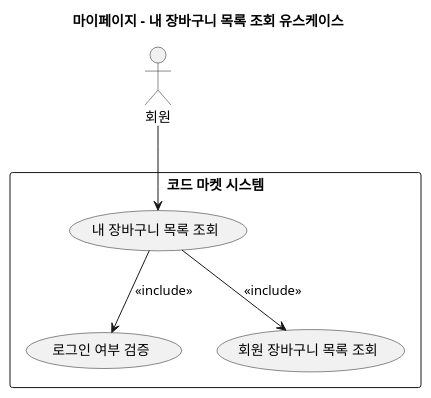
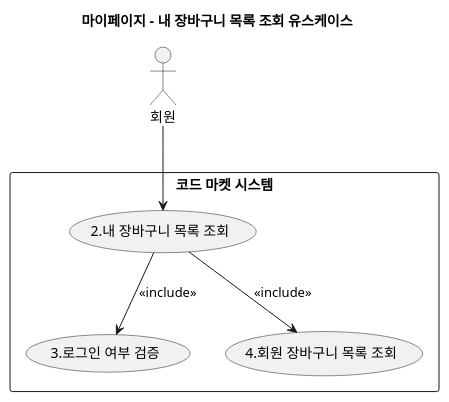
One commit to f-lab-edu/code-market changed the diagram in docs/usecase/usecase_mypage_cart.puml. Above: the diagram before and after it, drawn with PlantUML. The commit also changed 9 other files, not shown here.

Commit message:
docs(usecase): 사용자 시나리오 기능별 번호와 유스케이스 다이어그램 번호 매핑

```diff
--- a/docs/usecase/usecase_mypage_cart.puml
+++ b/docs/usecase/usecase_mypage_cart.puml
@@ -1,19 +1,19 @@
 @startuml
 title 마이페이지 - 내 장바구니 목록 조회 유스케이스
 
 actor "회원" as Member
 
 rectangle "코드 마켓 시스템" {
-
-  usecase "내 장바구니 목록 조회" as UC_ViewCart
-  usecase "로그인 여부 검증" as UC_CheckLogin
-  usecase "회원 장바구니 목록 조회" as UC_FetchCartItems
+'사용자 시나리오 (user_scenario.md 파일)의 기능별 시나리오 번호와 해당 다이어그램의 번호는 매핑되어 있습니다
+  usecase "2.내 장바구니 목록 조회" as UC_ViewCart
+  usecase "3.로그인 여부 검증" as UC_CheckLogin
+  usecase "4.회원 장바구니 목록 조회" as UC_FetchCartItems
 
 }
 
 Member --> UC_ViewCart
 
 UC_ViewCart --> UC_CheckLogin : <<include>>
 UC_ViewCart --> UC_FetchCartItems : <<include>>
 
 @enduml
```
